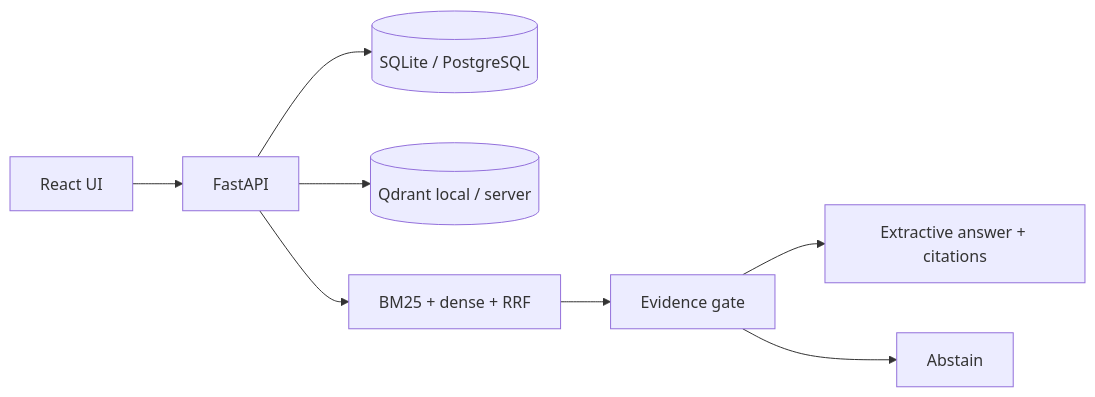
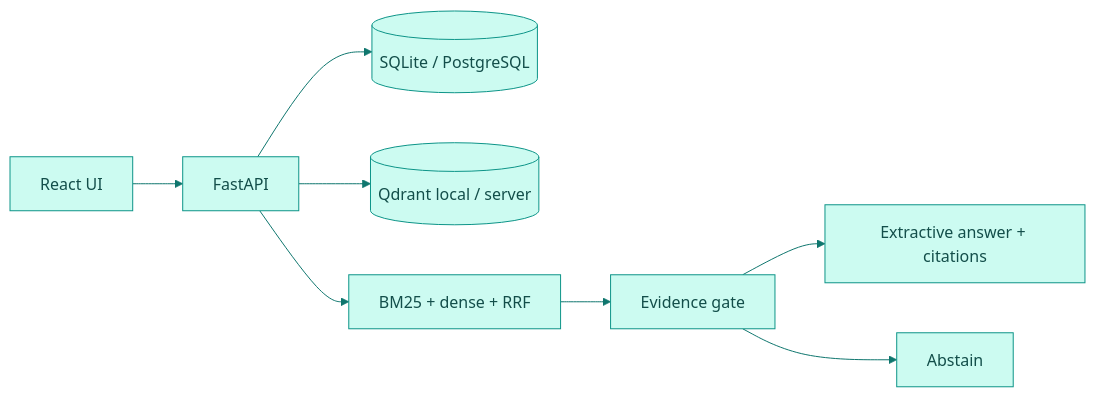
The diagram in README.md (hasanhuseyinyetkiner/hr-policy-copilot), drawn with Mermaid before and after one commit. The commit also changed other lines of this file and 7 other files, not shown here.

````diff
--- a/README.md
+++ b/README.md
@@ -64,10 +105,11 @@
 ```mermaid
+%%{init: {'theme': 'base', 'themeVariables': { 'primaryColor': '#CCFBF1', 'primaryTextColor': '#134E4A', 'primaryBorderColor': '#0D9488', 'lineColor': '#0F766E', 'secondaryColor': '#F0FDFA', 'tertiaryColor': '#ECFDF5'}}}%%
 flowchart LR
   U[React UI] --> A[FastAPI]
   A --> PG[(SQLite / PostgreSQL)]
   A --> Q[(Qdrant local / server)]
   A --> R[BM25 + dense + RRF]
   R --> E[Evidence gate]
   E --> X[Extractive answer + citations]
   E --> Z[Abstain]
 ```
````
